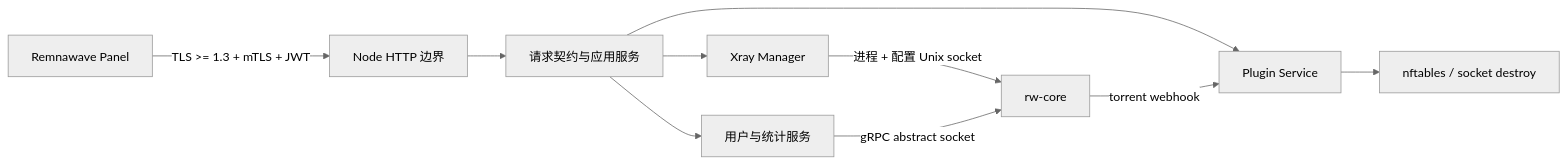
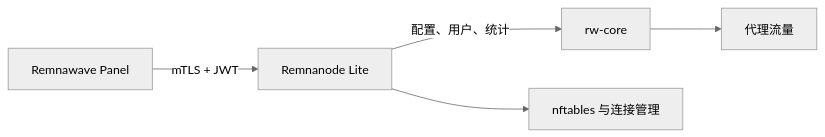
Before and after one commit to luxiaba/remnanode-lite: the diagram in README.zh-CN.md, drawn with Mermaid (neutral theme). The commit also changed other lines of this file and 2 other files, not shown here.

````diff
--- a/README.zh-CN.md
+++ b/README.zh-CN.md
@@ -119,12 +154,7 @@
 ```mermaid
 flowchart LR
-    Panel["Remnawave Panel"] -->|"TLS >= 1.3 + mTLS + JWT"| HTTP["Node HTTP 边界"]
-    HTTP --> API["请求契约与应用服务"]
-    API --> Manager["Xray Manager"]
-    API --> Plugin["Plugin Service"]
-    API --> Stats["用户与统计服务"]
-    Manager -->|"进程 + 配置 Unix socket"| Core["rw-core"]
-    Stats -->|"gRPC abstract socket"| Core
-    Plugin --> NFT["nftables / socket destroy"]
-    Core -->|"torrent webhook"| Plugin
+    Panel["Remnawave Panel"] -->|"mTLS + JWT"| Node["Remnanode Lite"]
+    Node -->|"配置、用户、统计"| Core["rw-core"]
+    Node --> Rules["nftables 与连接管理"]
+    Core --> Traffic["代理流量"]
 ```
````
